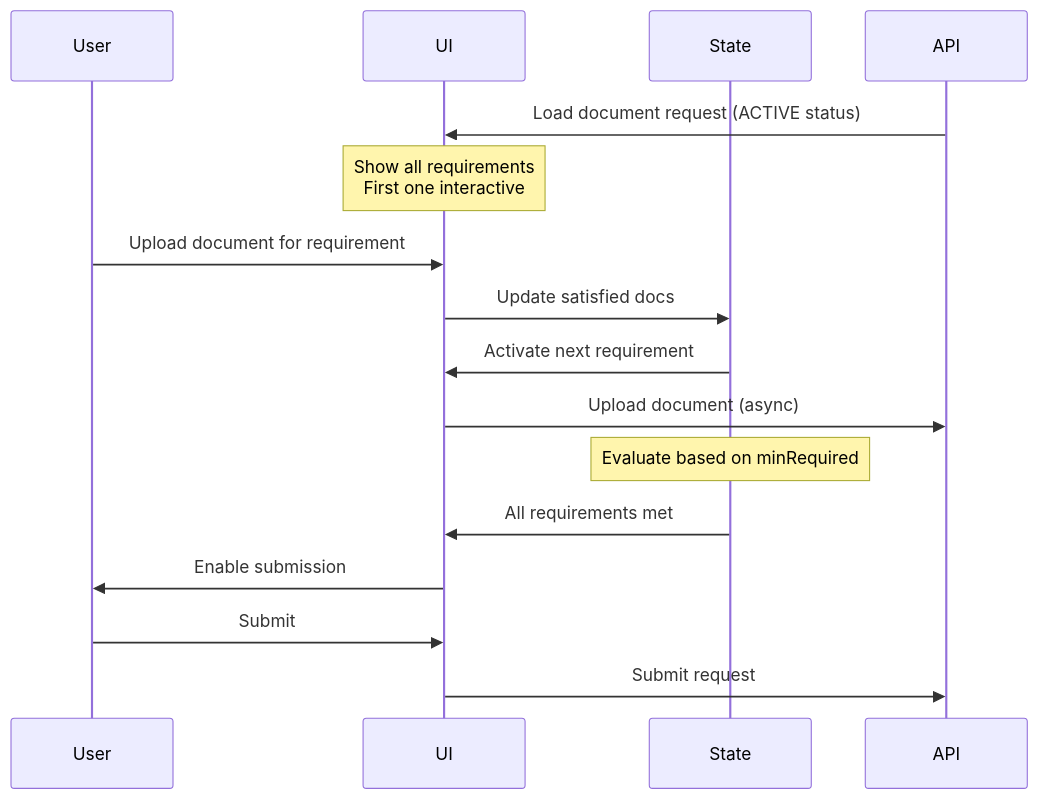
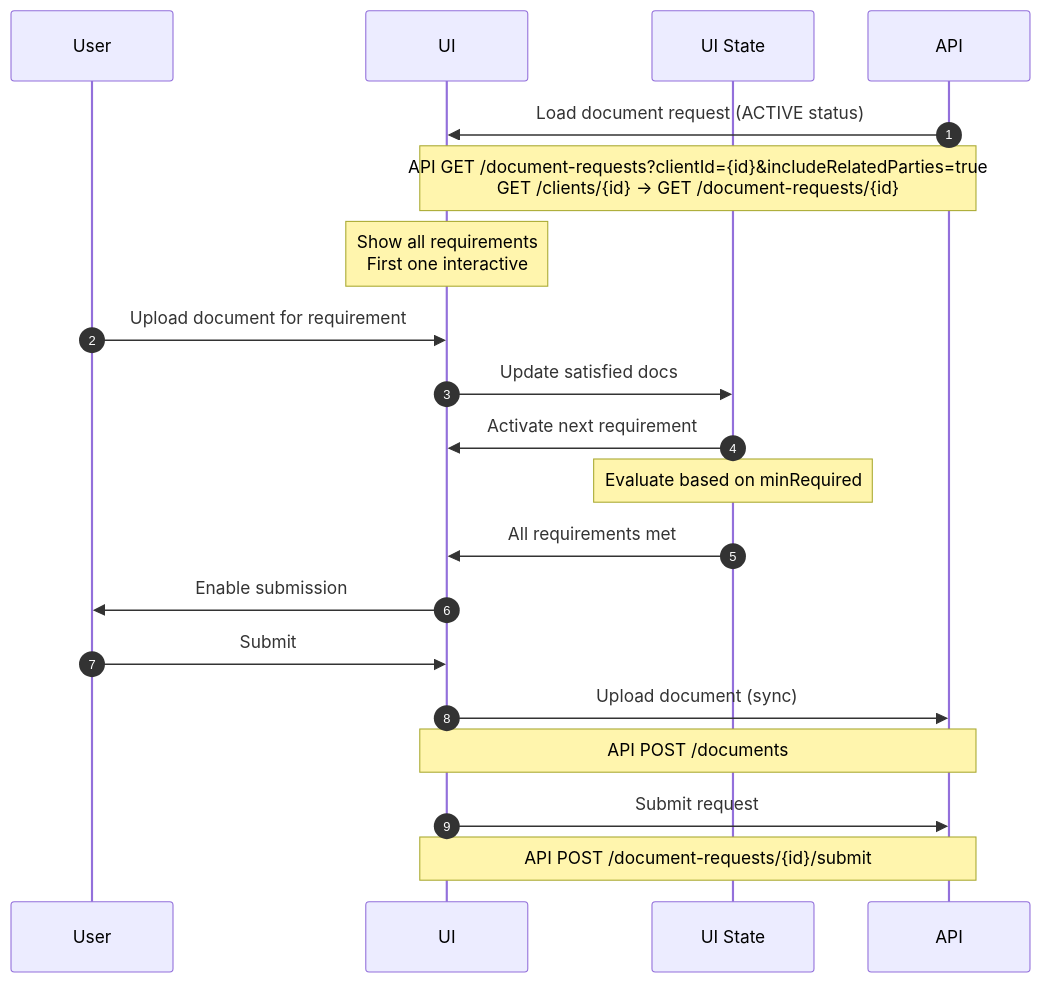
Before and after one commit to jpmorgan-payments/embedded-finance: the diagram in embedded-components/src/core/OnboardingWizardBasic/DocumentUploadStepForm/IMPLEMENTATION_GUIDE.md, drawn with Mermaid. The commit also changed 1 other file, not shown here.

Commit message:
update implementation guide for document upload step

````diff
--- a/embedded-components/src/core/OnboardingWizardBasic/DocumentUploadStepForm/IMPLEMENTATION_GUIDE.md
+++ b/embedded-components/src/core/OnboardingWizardBasic/DocumentUploadStepForm/IMPLEMENTATION_GUIDE.md
@@ -9,22 +9,28 @@
 ```mermaid
 sequenceDiagram
+    autonumber
     participant User
     participant UI
-    participant State
+    participant UI State
     participant API
 
     API->>UI: Load document request (ACTIVE status)
+    Note over API, UI: API GET /document-requests?clientId={id}&includeRelatedParties=true<br/>GET /clients/{id} -> GET /document-requests/{id}
     Note over UI: Show all requirements<br/>First one interactive
 
     User->>UI: Upload document for requirement
-    UI->>State: Update satisfied docs
-    State->>UI: Activate next requirement
-    UI->>API: Upload document (async)
+    UI->>UI State: Update satisfied docs
+    UI State->>UI: Activate next requirement
 
-    Note over State: Evaluate based on minRequired
+    Note over UI State: Evaluate based on minRequired
 
-    State->>UI: All requirements met
+    UI State->>UI: All requirements met
     UI->>User: Enable submission
     User->>UI: Submit
+    
+    UI->>API: Upload document (sync)
+    Note over API, UI: API POST /documents
+
     UI->>API: Submit request
+    Note over API, UI: API POST /document-requests/{id}/submit
 ```
````
